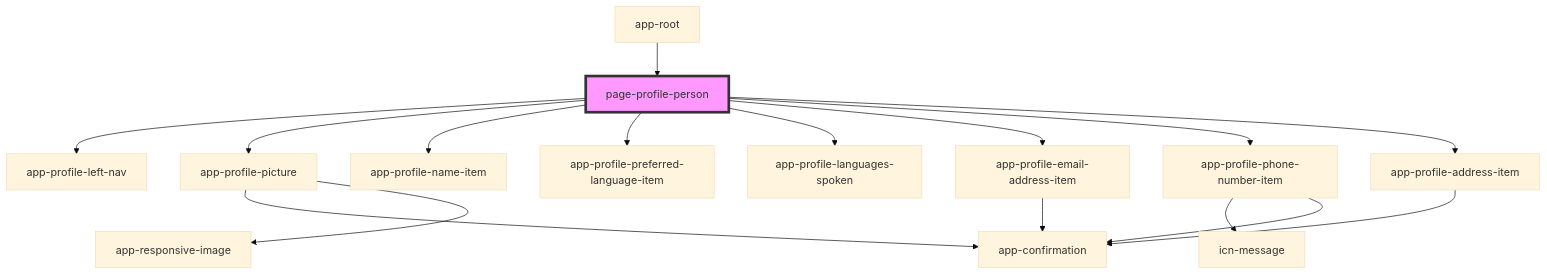
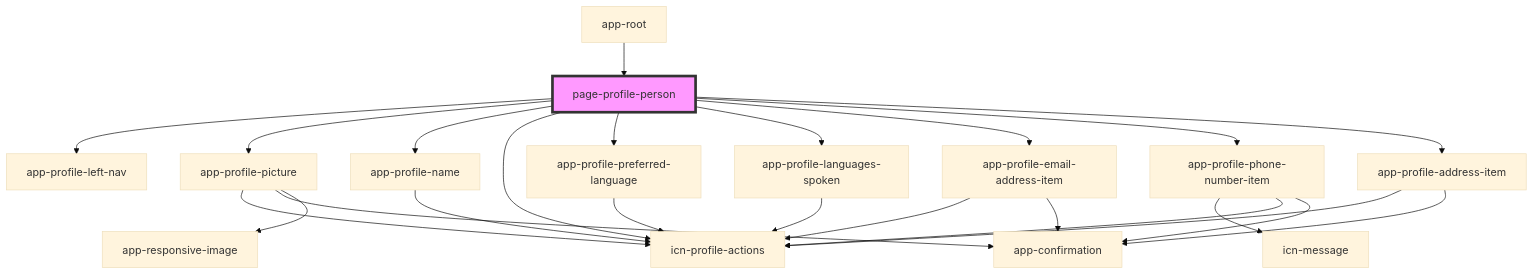
The diagram in iconeventnetwork-web/src/components/pages/page-profile-person/readme.md (lokheed/IconEventNetwork.Web), drawn with Mermaid (base theme) before and after one commit. The commit also changed other lines of this file and 37 other files, not shown here.

Commit message:
refactor profile edit/delete actions

````diff
--- a/iconeventnetwork-web/src/components/pages/page-profile-person/readme.md
+++ b/iconeventnetwork-web/src/components/pages/page-profile-person/readme.md
@@ -26,19 +27,27 @@
 ```mermaid
 graph TD;
   page-profile-person --> app-profile-left-nav
   page-profile-person --> app-profile-picture
-  page-profile-person --> app-profile-name-item
-  page-profile-person --> app-profile-preferred-language-item
+  page-profile-person --> app-profile-name
+  page-profile-person --> icn-profile-actions
+  page-profile-person --> app-profile-preferred-language
   page-profile-person --> app-profile-languages-spoken
   page-profile-person --> app-profile-email-address-item
   page-profile-person --> app-profile-phone-number-item
   page-profile-person --> app-profile-address-item
+  app-profile-picture --> icn-profile-actions
   app-profile-picture --> app-confirmation
   app-profile-picture --> app-responsive-image
+  app-profile-name --> icn-profile-actions
+  app-profile-preferred-language --> icn-profile-actions
+  app-profile-languages-spoken --> icn-profile-actions
+  app-profile-email-address-item --> icn-profile-actions
   app-profile-email-address-item --> app-confirmation
   app-profile-phone-number-item --> icn-message
+  app-profile-phone-number-item --> icn-profile-actions
   app-profile-phone-number-item --> app-confirmation
+  app-profile-address-item --> icn-profile-actions
   app-profile-address-item --> app-confirmation
   app-root --> page-profile-person
   style page-profile-person fill:#f9f,stroke:#333,stroke-width:4px
 ```
````
